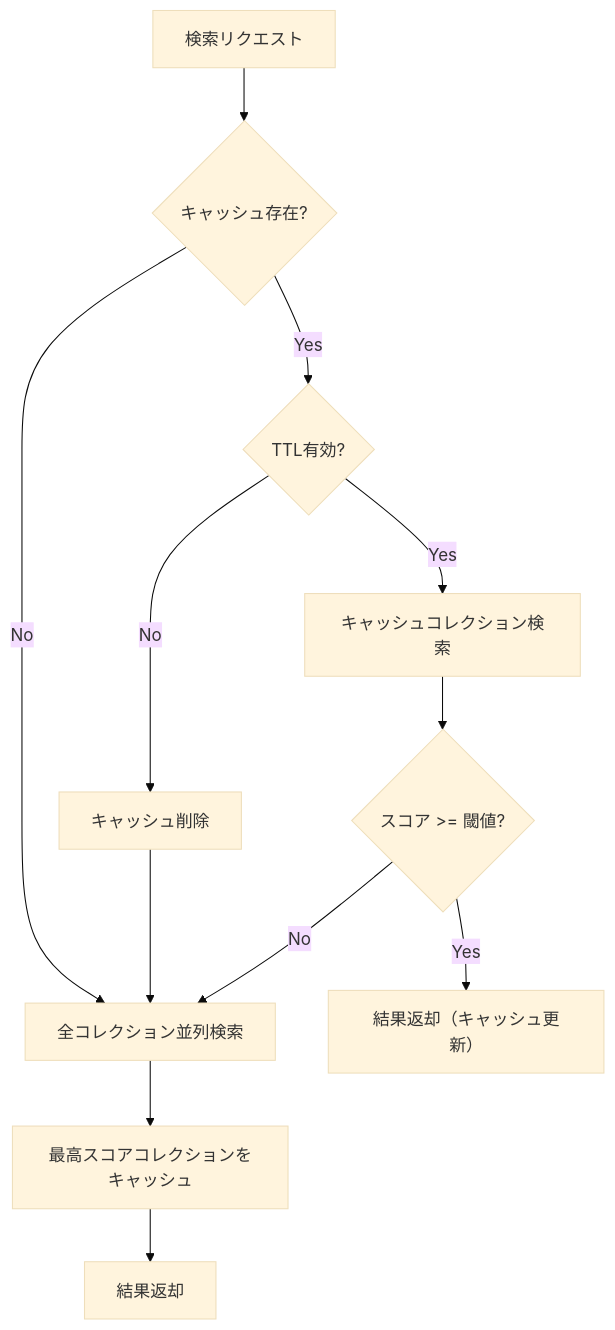
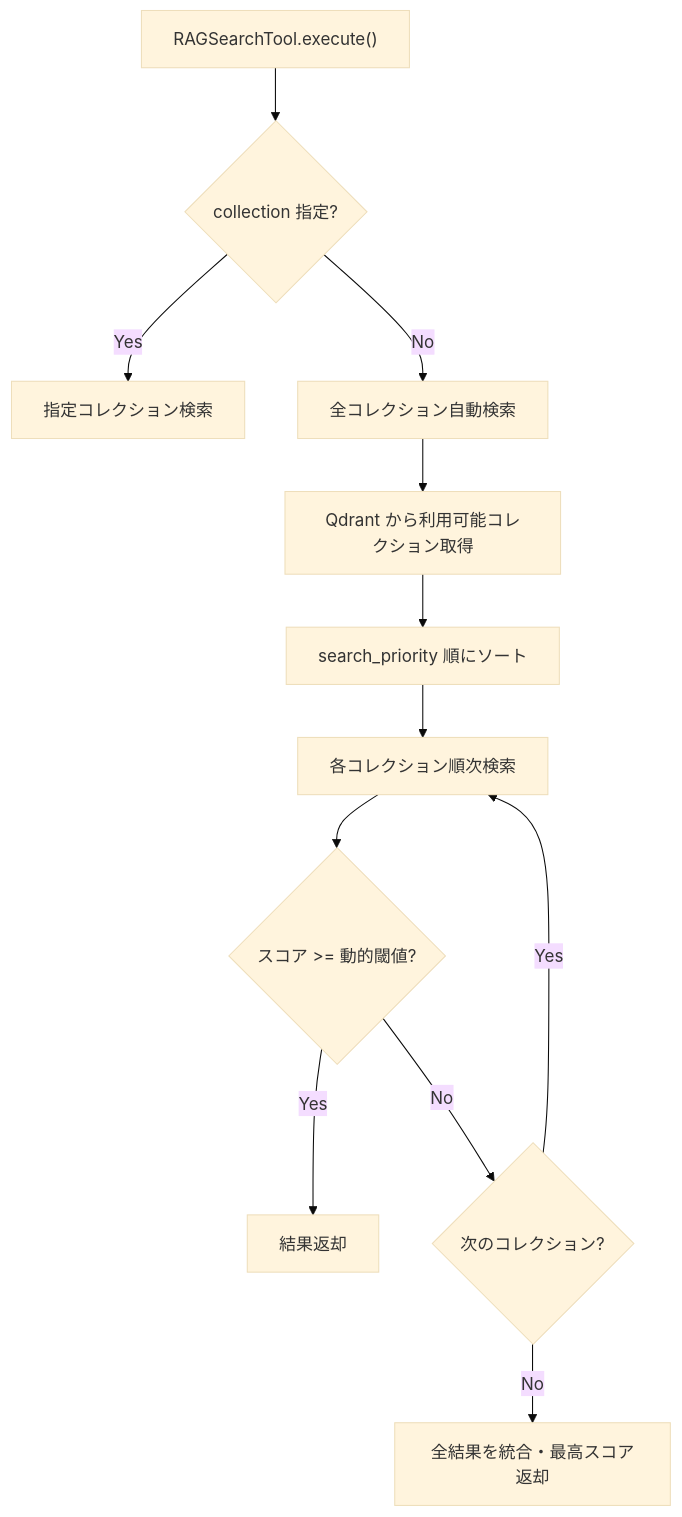
One commit to nakashima2toshio/gemini_grace_agent changed the tenth of 13 diagrams in ui/doc/grace_chat_page.md. Above: the diagram before and after it, drawn with Mermaid (base theme). The commit also changed other lines of this file and 26 other files, not shown here.

````diff
--- a/ui/doc/grace_chat_page.md
+++ b/ui/doc/grace_chat_page.md
@@ -579,14 +1063,14 @@
 ```mermaid
 flowchart TB
-    A["検索リクエスト"] --> B{"キャッシュ存在?"}
-    B -->|Yes| C{"TTL有効?"}
-    B -->|No| F["全コレクション並列検索"]
-    C -->|Yes| D["キャッシュコレクション検索"]
-    C -->|No| E["キャッシュ削除"]
-    E --> F
-    D --> G{"スコア >= 閾値?"}
-    G -->|Yes| H["結果返却（キャッシュ更新）"]
-    G -->|No| F
-    F --> I["最高スコアコレクションをキャッシュ"]
-    I --> J["結果返却"]
+    A["RAGSearchTool.execute()"] --> B{"collection 指定?"}
+    B -->|Yes| C["指定コレクション検索"]
+    B -->|No| D["全コレクション自動検索"]
+    D --> E["Qdrant から利用可能コレクション取得"]
+    E --> F["search_priority 順にソート"]
+    F --> G["各コレクション順次検索"]
+    G --> H{"スコア >= 動的閾値?"}
+    H -->|Yes| I["結果返却"]
+    H -->|No| J{"次のコレクション?"}
+    J -->|Yes| G
+    J -->|No| K["全結果を統合・最高スコア返却"]
 ```
````
